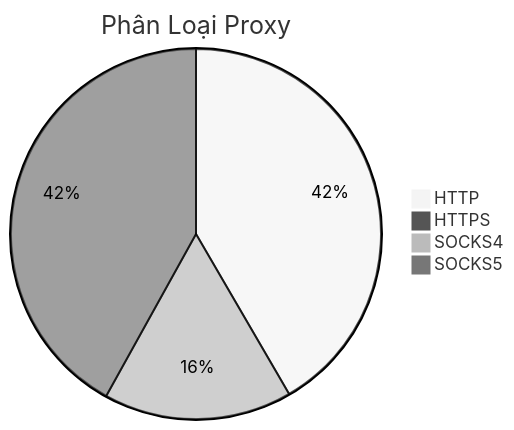
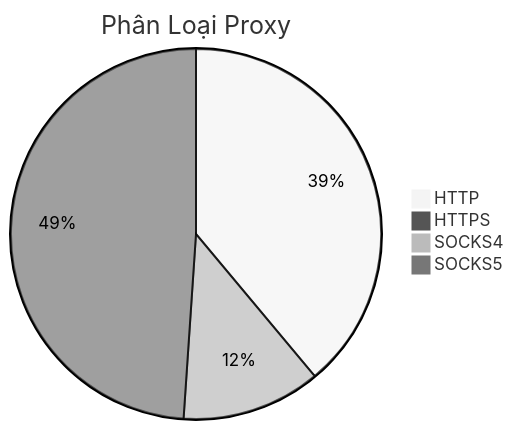
One commit to Ciara-Aa/PROXY-free changed the diagram in README.md. Above: the diagram before and after it, drawn with Mermaid (neutral theme). The commit also changed other lines of this file and 4 other files, not shown here.

````diff
--- a/README.md
+++ b/README.md
@@ -26,7 +26,7 @@
 ```mermaid
 pie title Phân Loại Proxy
-    "HTTP" : 501
-    "HTTPS" : 2
-    "SOCKS4" : 198
-    "SOCKS5" : 505
+    "HTTP" : 564
+    "HTTPS" : 1
+    "SOCKS4" : 176
+    "SOCKS5" : 709
 ```
````
